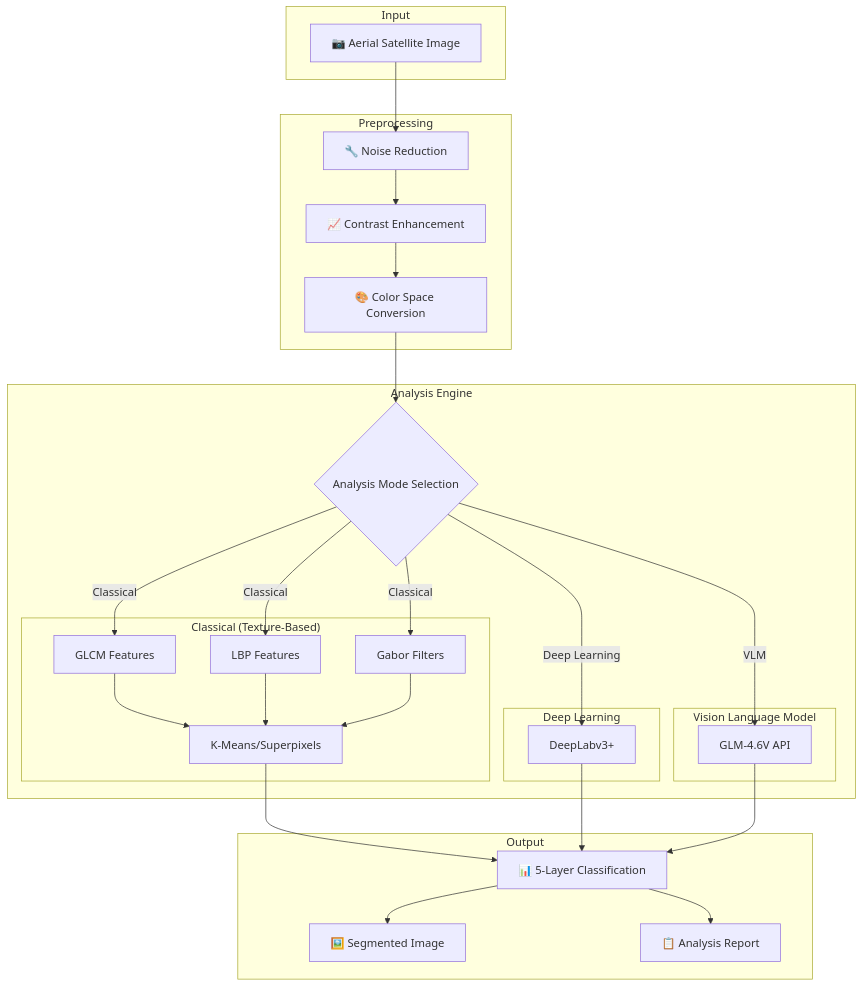
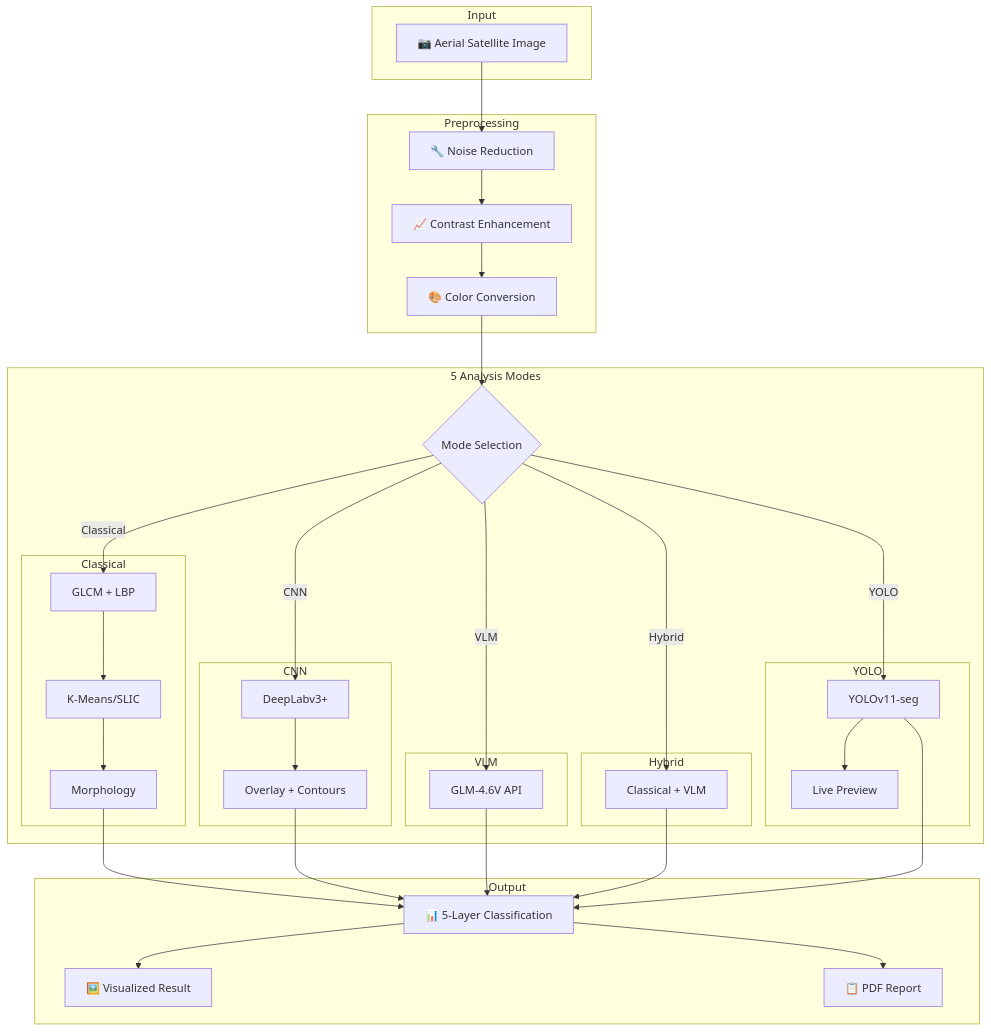
One commit to YoRzHe-HotaaRu/CSC566-Mini-Project-ClaRity changed the diagram in README.md. Above: the diagram before and after it, drawn with Mermaid. The commit also changed other lines of this file and 2 other files, not shown here.

Commit message:
updated CNN and readme

````diff
--- a/README.md
+++ b/README.md
@@ -173,44 +215,55 @@
 ```mermaid
 flowchart TB
     subgraph Input
         A[📷 Aerial Satellite Image]
     end
     
     subgraph Preprocessing
         B[🔧 Noise Reduction]
         C[📈 Contrast Enhancement]
-        D[🎨 Color Space Conversion]
+        D[🎨 Color Conversion]
     end
     
-    subgraph Analysis["Analysis Engine"]
-        E{Analysis Mode Selection}
+    subgraph Analysis["5 Analysis Modes"]
+        E{Mode Selection}
         
-        subgraph Classical["Classical (Texture-Based)"]
-            F1[GLCM Features]
-            F2[LBP Features]
-            F3[Gabor Filters]
-            G[K-Means/Superpixels]
+        subgraph Classical
+            F1[GLCM + LBP]
+            F2[K-Means/SLIC]
+            F3[Morphology]
         end
         
-        subgraph DL["Deep Learning"]
-            H[DeepLabv3+]
+        subgraph CNN
+            G[DeepLabv3+]
+            G2[Overlay + Contours]
         end
         
-        subgraph VLM["Vision Language Model"]
-            I[GLM-4.6V API]
+        subgraph VLM
+            H[GLM-4.6V API]
+        end
+        
+        subgraph Hybrid
+            I[Classical + VLM]
+        end
+        
+        subgraph YOLO
+            J[YOLOv11-seg]
+            J2[Live Preview]
         end
     end
     
     subgraph Output
-        J[📊 5-Layer Classification]
-        K[🖼️ Segmented Image]
-        L[📋 Analysis Report]
+        K[📊 5-Layer Classification]
+        L[🖼️ Visualized Result]
+        M[📋 PDF Report]
     end
     
     A --> B --> C --> D --> E
-    E -->|Classical| F1 & F2 & F3
-    F1 & F2 & F3 --> G --> J
-    E -->|Deep Learning| H --> J
-    E -->|VLM| I --> J
-    J --> K & L
+    E -->|Classical| F1 --> F2 --> F3 --> K
+    E -->|CNN| G --> G2 --> K
+    E -->|VLM| H --> K
+    E -->|Hybrid| I --> K
+    E -->|YOLO| J --> K
+    J --> J2
+    K --> L & M
 ```
````
